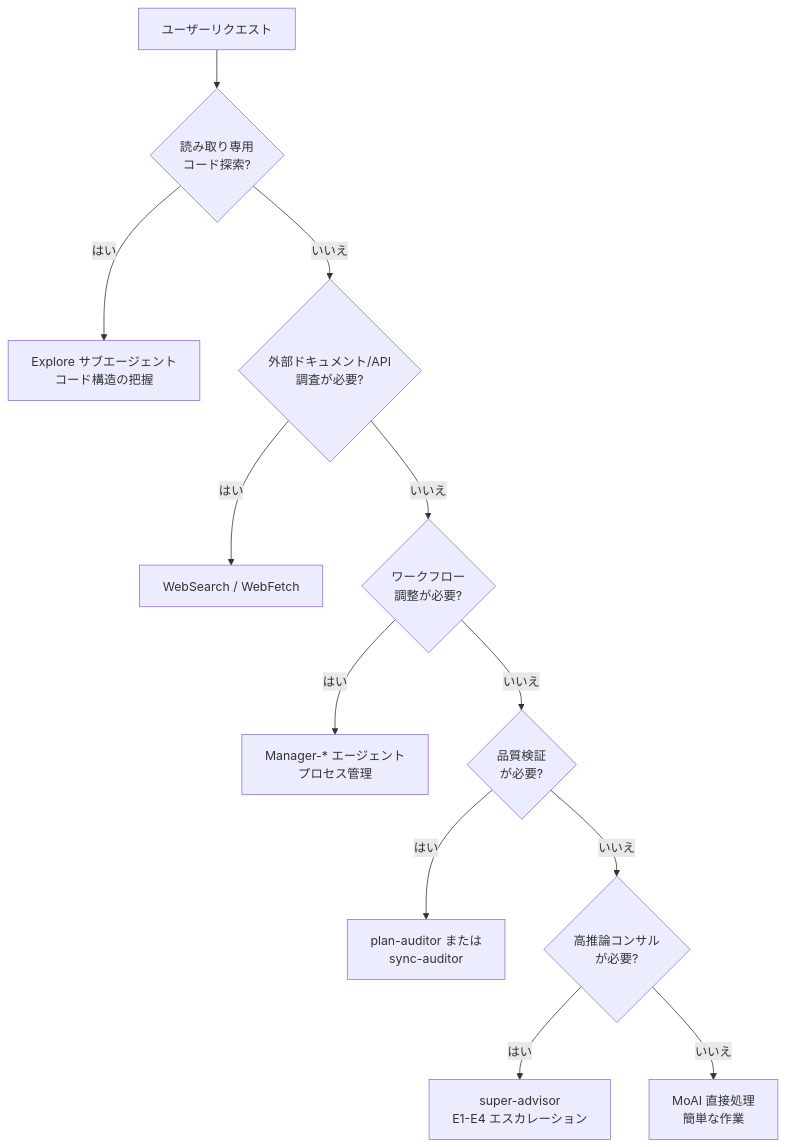
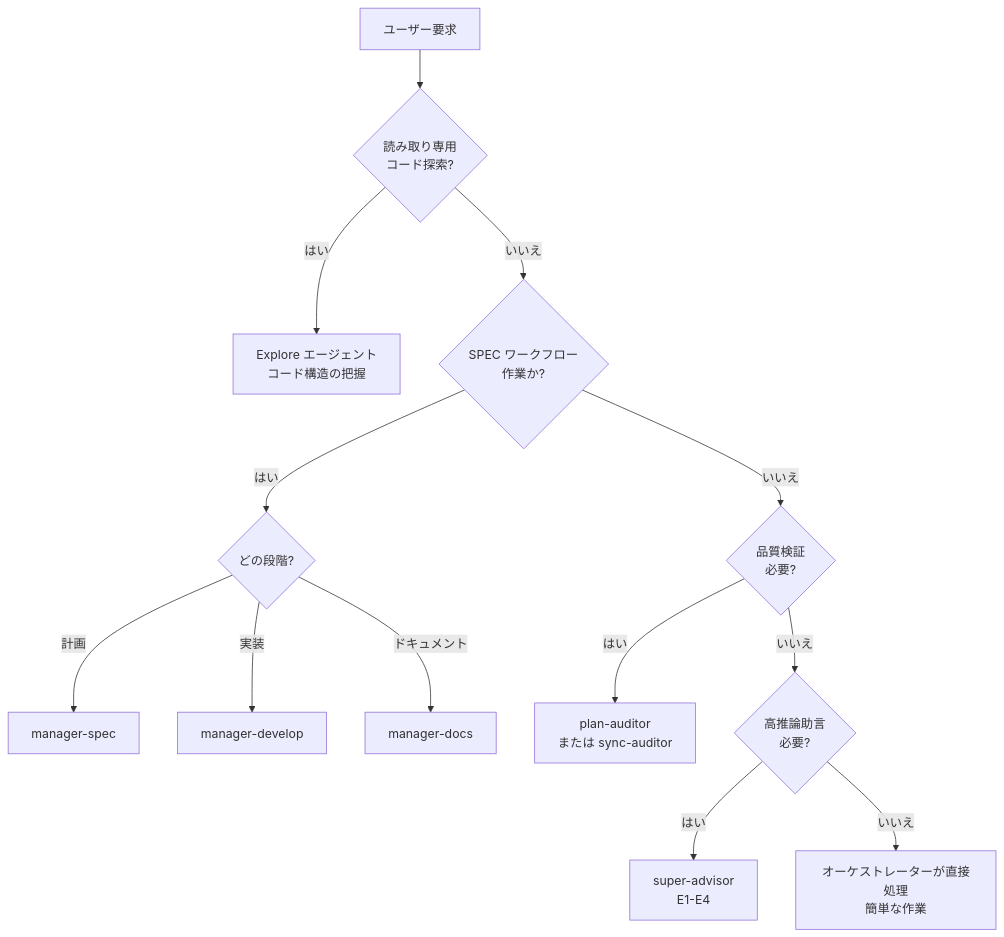
Before and after one commit to modu-ai/moai-adk: the second of 4 diagrams in docs-site/content/ja/advanced/agent-guide.md, drawn with Mermaid. The commit also changed other lines of this file and 2 other files, not shown here.

First line of the commit message:
docs(SPEC-DOCS-HEADING-PARITY-001): M4 agent-guide fold 30→22 to ko structure (card t1328)

````diff
--- a/docs-site/content/ja/advanced/agent-guide.md
+++ b/docs-site/content/ja/advanced/agent-guide.md
@@ -112,19 +131,15 @@
 ```mermaid
 flowchart TD
-    START[ユーザーリクエスト] --> Q1{読み取り専用<br>コード探索?}
-
-    Q1 -->|はい| EXPLORE["Explore サブエージェント<br>コード構造の把握"]
-    Q1 -->|いいえ| Q2{外部ドキュメント/API<br>調査が必要?}
-
-    Q2 -->|はい| WEB["WebSearch / WebFetch"]
-    Q2 -->|いいえ| Q3{ワークフロー<br>調整が必要?}
-
-    Q3 -->|はい| MANAGER["Manager-* エージェント<br>プロセス管理"]
-    Q3 -->|いいえ| Q4{品質検証<br>が必要?}
-
-    Q4 -->|はい| EVAL["plan-auditor または<br>sync-auditor"]
-    Q4 -->|いいえ| Q5{高推論コンサル<br>が必要?}
-
-    Q5 -->|はい| ADVISOR["super-advisor<br>E1-E4 エスカレーション"]
-    Q5 -->|いいえ| DIRECT["MoAI 直接処理<br>簡単な作業"]
+    START["ユーザー要求"] --> Q1{"読み取り専用<br>コード探索?"}
+    Q1 -->|"はい"| EXPLORE["Explore エージェント<br>コード構造の把握"]
+    Q1 -->|"いいえ"| Q2{"SPEC ワークフロー<br>作業か?"}
+    Q2 -->|"はい"| Q3{"どの段階?"}
+    Q3 -->|"計画"| SPEC["manager-spec"]
+    Q3 -->|"実装"| DEV["manager-develop"]
+    Q3 -->|"ドキュメント"| DOCS["manager-docs"]
+    Q2 -->|"いいえ"| Q4{"品質検証<br>必要?"}
+    Q4 -->|"はい"| EV["plan-auditor<br>または sync-auditor"]
+    Q4 -->|"いいえ"| Q5{"高推論助言<br>必要?"}
+    Q5 -->|"はい"| ADV["super-advisor<br>E1-E4"]
+    Q5 -->|"いいえ"| DIRECT["オーケストレーターが直接処理<br>簡単な作業"]
 ```
````
